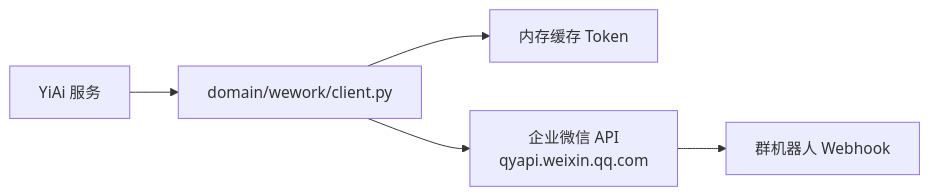
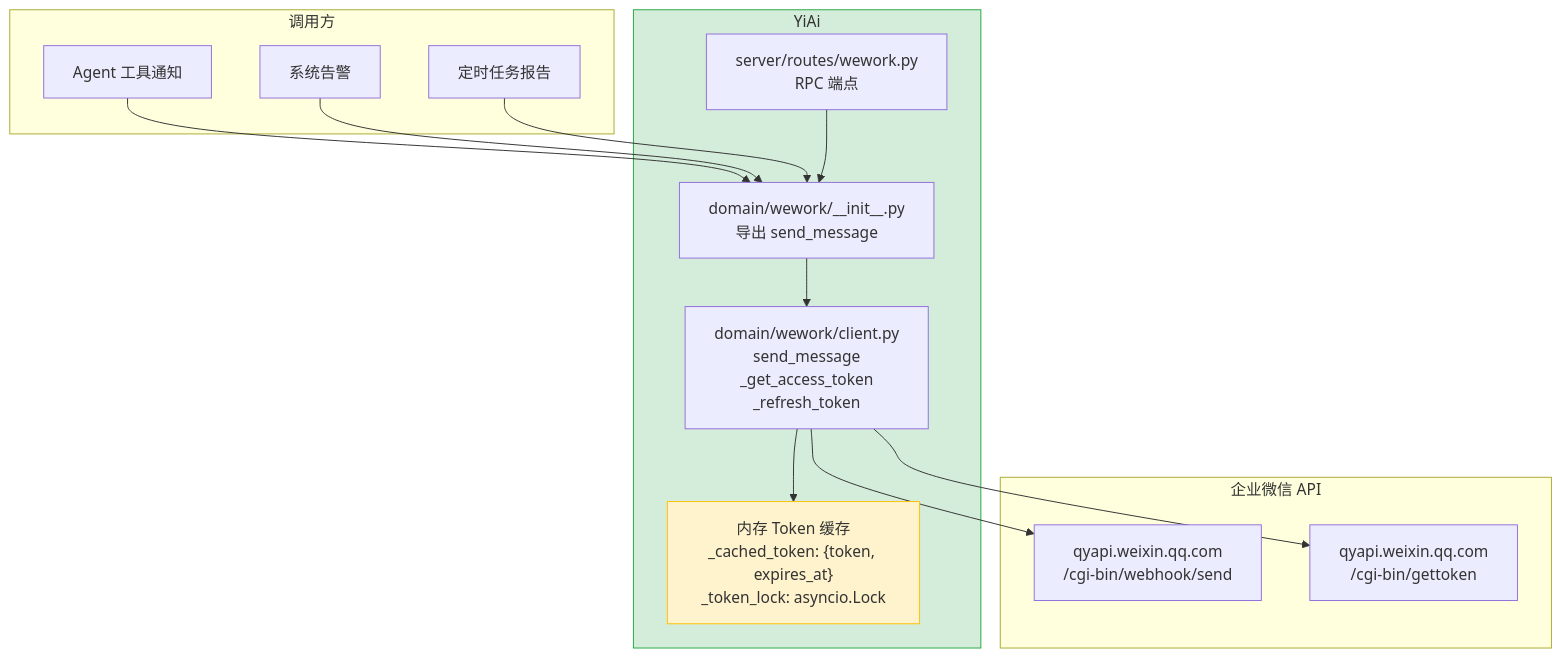
One commit to effiy/YrY changed the first of 3 diagrams in YiKnowledge/projects/yiai/devs/2026-07/07-prd-task-企业微信消息推送.md. Above: the diagram before and after it, drawn with Mermaid. The commit also changed other lines of this file and 4958 other files, not shown here.

````diff
--- a/YiKnowledge/projects/yiai/devs/2026-07/07-prd-task-企业微信消息推送.md
+++ b/YiKnowledge/projects/yiai/devs/2026-07/07-prd-task-企业微信消息推送.md
@@ -35,7 +38,32 @@
 ```mermaid
-flowchart LR
-  BE["YiAi 服务"] --> WW["domain/wework/client.py"]
-  WW --> CACHE["内存缓存 Token"]
-  WW --> API["企业微信 API<br/>qyapi.weixin.qq.com"]
-  API --> ROBOT["群机器人 Webhook"]
+graph TD
+  subgraph CALLERS["调用方"]
+    AGENT["Agent 工具通知"]
+    ALERT["系统告警"]
+    SCHED["定时任务报告"]
+  end
+
+  subgraph YIAI["YiAi"]
+    INIT["domain/wework/__init__.py<br/>导出 send_message"]
+    CLIENT["domain/wework/client.py<br/>send_message<br/>_get_access_token<br/>_refresh_token"]
+    CACHE["内存 Token 缓存<br/>_cached_token: {token, expires_at}<br/>_token_lock: asyncio.Lock"]
+    ROUTE["server/routes/wework.py<br/>RPC 端点"]
+  end
+
+  subgraph WEWORK["企业微信 API"]
+    WEBHOOK["qyapi.weixin.qq.com<br/>/cgi-bin/webhook/send"]
+    TOKEN_API["qyapi.weixin.qq.com<br/>/cgi-bin/gettoken"]
+  end
+
+  AGENT --> INIT
+  ALERT --> INIT
+  SCHED --> INIT
+  INIT --> CLIENT
+  CLIENT --> CACHE
+  CLIENT --> WEBHOOK
+  CLIENT --> TOKEN_API
+  ROUTE --> INIT
+
+  style YIAI fill:#d4edda,stroke:#28a745
+  style CACHE fill:#fff3cd,stroke:#ffc107
 ```
````
